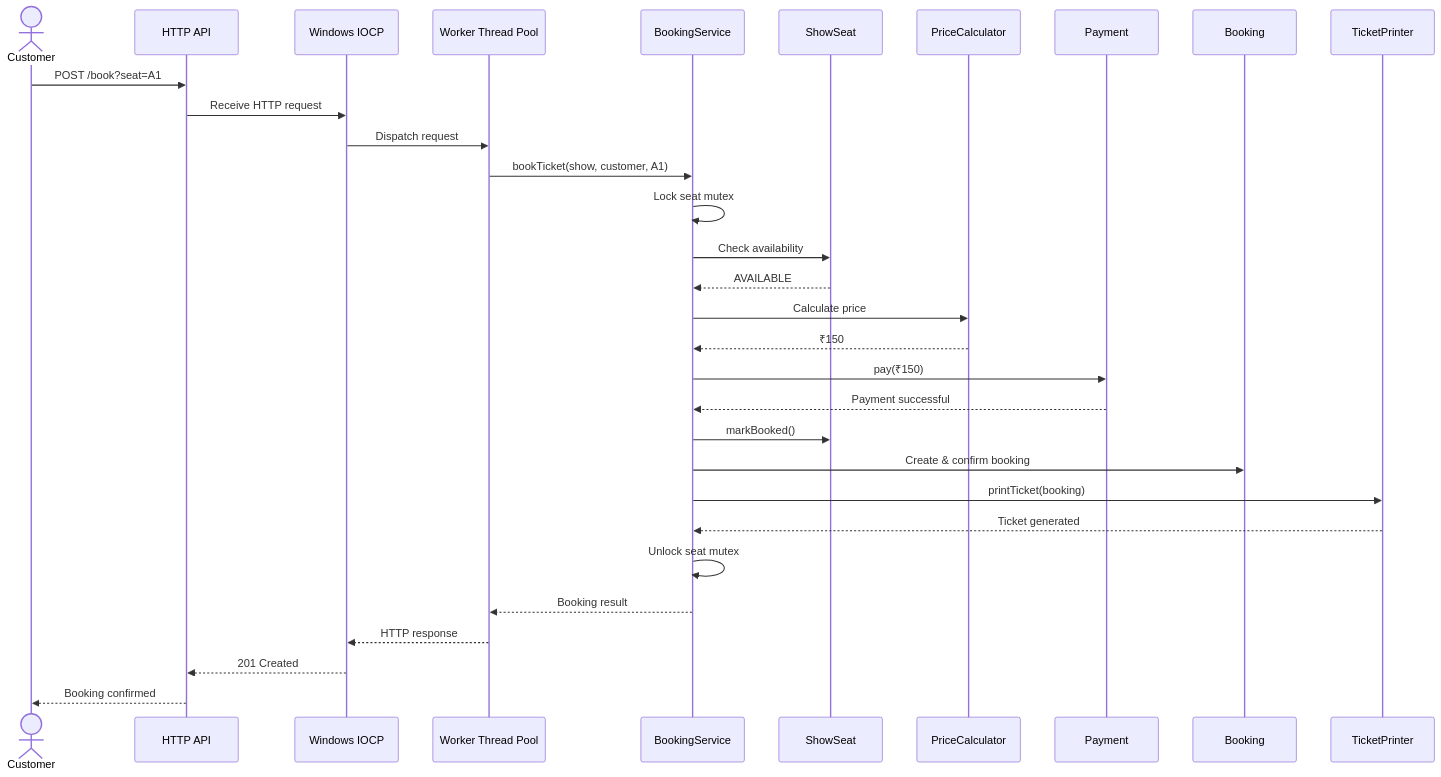
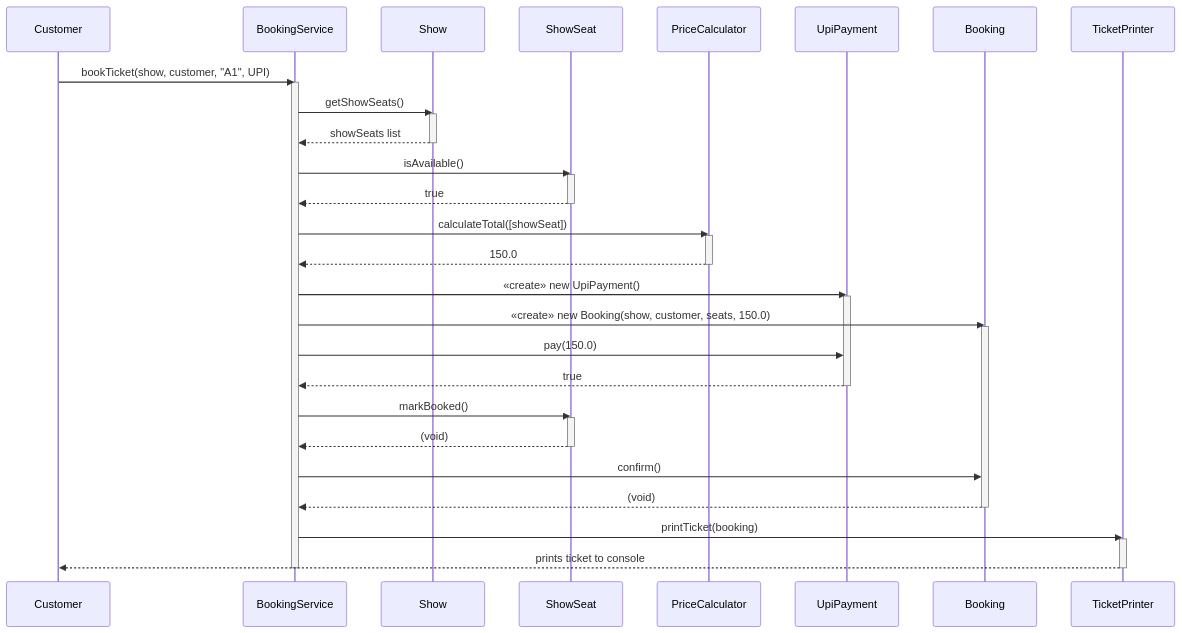
Before and after one commit to DeepakBisht44/Moviesmanagement: the second of 2 diagrams in TCS-504_Assignment_1_Solution.md, drawn with Mermaid. The commit also changed other lines of this file and 7 other files, not shown here.

````diff
--- a/TCS-504_Assignment_1_Solution.md
+++ b/TCS-504_Assignment_1_Solution.md
@@ -204,35 +204,55 @@
 ```mermaid
 sequenceDiagram
-    actor Customer
-    participant API as HTTP API
-    participant IOCP as Windows IOCP
-    participant Pool as Worker Thread Pool
-    participant BS as BookingService
-    participant SS as ShowSeat
-    participant PC as PriceCalculator
-    participant Pay as Payment
-    participant B as Booking
-    participant TP as TicketPrinter
+    participant customer as Customer
+    participant bookingService as BookingService
+    participant show as Show
+    participant showSeat as ShowSeat
+    participant priceCalculator as PriceCalculator
+    participant payment as UpiPayment
+    participant booking as Booking
+    participant ticketPrinter as TicketPrinter
 
-    Customer->>API: POST /book?seat=A1
-    API->>IOCP: Receive HTTP request
-    IOCP->>Pool: Dispatch request
-    Pool->>BS: bookTicket(show, customer, A1)
+    customer->>bookingService: bookTicket(show, customer, "A1", UPI)
+    activate bookingService
 
-    BS->>BS: Lock seat mutex
-    BS->>SS: Check availability
-    SS-->>BS: AVAILABLE
-    BS->>PC: Calculate price
-    PC-->>BS: ₹150
-    BS->>Pay: pay(₹150)
-    Pay-->>BS: Payment successful
-    BS->>SS: markBooked()
-    BS->>B: Create & confirm booking
-    BS->>TP: printTicket(booking)
-    TP-->>BS: Ticket generated
-    BS->>BS: Unlock seat mutex
-    BS-->>Pool: Booking result
-    Pool-->>IOCP: HTTP response
-    IOCP-->>API: 201 Created
-    API-->>Customer: Booking confirmed
+    bookingService->>show: getShowSeats()
+    activate show
+    show-->>bookingService: showSeats list
+    deactivate show
+
+    bookingService->>showSeat: isAvailable()
+    activate showSeat
+    showSeat-->>bookingService: true
+    deactivate showSeat
+
+    bookingService->>priceCalculator: calculateTotal([showSeat])
+    activate priceCalculator
+    priceCalculator-->>bookingService: 150.0
+    deactivate priceCalculator
+
+    bookingService->>payment: «create» new UpiPayment()
+    activate payment
+
+    bookingService->>booking: «create» new Booking(show, customer, seats, 150.0)
+    activate booking
+
+    bookingService->>payment: pay(150.0)
+    payment-->>bookingService: true
+    deactivate payment
+
+    bookingService->>showSeat: markBooked()
+    activate showSeat
+    showSeat-->>bookingService: (void)
+    deactivate showSeat
+
+    bookingService->>booking: confirm()
+    booking-->>bookingService: (void)
+    deactivate booking
+
+    bookingService->>ticketPrinter: printTicket(booking)
+    activate ticketPrinter
+    ticketPrinter-->>customer: prints ticket to console
+    deactivate ticketPrinter
+
+    deactivate bookingService
 ```
````
